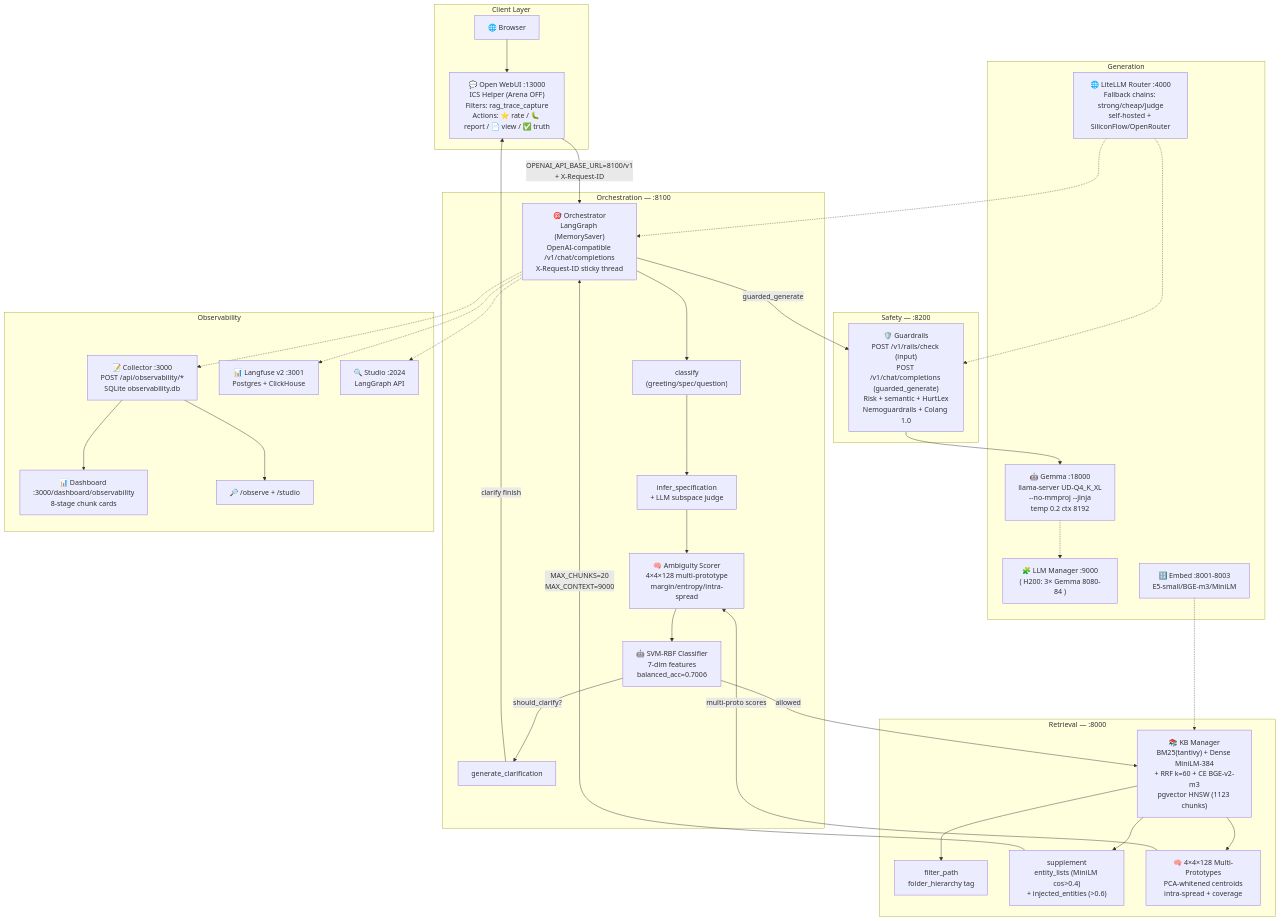
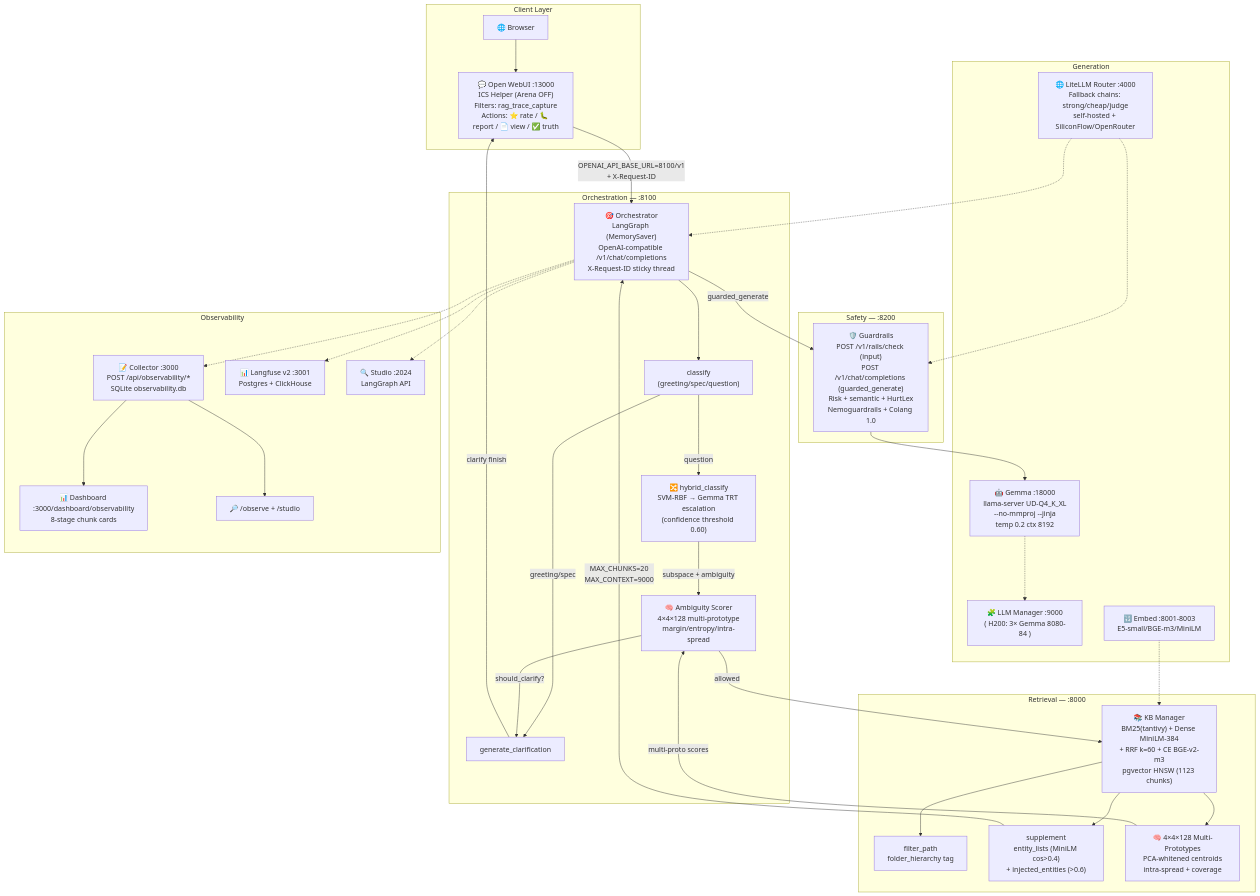
Before and after one commit to AliNikkhah2001/Work_Credit-RAG_Phase1: the first of 8 diagrams in README.md, drawn with Mermaid. The commit also changed other lines of this file, not shown here.

First line of the commit message:
docs: document thresholded hybrid classifier+Gemma orchestrator integration

````diff
--- a/README.md
+++ b/README.md
@@ -211,68 +211,67 @@
 ```mermaid
 flowchart TB
     subgraph Client["Client Layer"]
         Browser["🌐 Browser"]
         WebUI["💬 Open WebUI :13000\nICS Helper (Arena OFF)\nFilters: rag_trace_capture\nActions: ⭐ rate / 🐛 report / 📄 view / ✅ truth"]
     end
 
     subgraph Orchestration["Orchestration — :8100"]
         Orch["🎯 Orchestrator\nLangGraph (MemorySaver)\nOpenAI-compatible /v1/chat/completions\nX-Request-ID sticky thread"]
         Classify["classify\n(greeting/spec/question)"]
-        InferSpec["infer_specification\n+ LLM subspace judge"]
+        HybridClf["🔀 hybrid_classify\nSVM-RBF → Gemma TRT escalation\n(confidence threshold 0.60)"]
         Ambiguity["🧠 Ambiguity Scorer\n4×4×128 multi-prototype\nmargin/entropy/intra-spread"]
         Clarify["generate_clarification"]
-        SVM["🤖 SVM-RBF Classifier\n7-dim features\nbalanced_acc=0.7006"]
     end
 
     subgraph Retrieval["Retrieval — :8000"]
         KB["📚 KB Manager\nBM25(tantivy) + Dense MiniLM-384\n+ RRF k=60 + CE BGE-v2-m3\npgvector HNSW (1123 chunks)"]
         Filter["filter_path\nfolder_hierarchy tag"]
         Suppl["supplement\nentity_lists (MiniLM cos>0.4)\n+ injected_entities (>0.6)"]
         Proto["🧠 4×4×128 Multi-Prototypes\nPCA-whitened centroids\nintra-spread + coverage"]
     end
 
     subgraph Safety["Safety — :8200"]
         GR["🛡️ Guardrails\nPOST /v1/rails/check (input)\nPOST /v1/chat/completions (guarded_generate)\nRisk + semantic + HurtLex\nNemoguardrails + Colang 1.0"]
     end
 
     subgraph Generation["Generation"]
         Gemma["🤖 Gemma :18000\nllama-server UD-Q4_K_XL\n--no-mmproj --jinja\ntemp 0.2 ctx 8192"]
         Manager["🧩 LLM Manager :9000\n( H200: 3× Gemma 8080-84 )"]
         Embed["🔢 Embed :8001-8003\nE5-small/BGE-m3/MiniLM"]
         LiteLLM["🌐 LiteLLM Router :4000\nFallback chains: strong/cheap/judge\nself-hosted + SiliconFlow/OpenRouter"]
     end
 
     subgraph Observability["Observability"]
         Collector["📝 Collector :3000\nPOST /api/observability/*\nSQLite observability.db"]
         Dashboard["📊 Dashboard :3000/dashboard/observability\n8-stage chunk cards"]
         LF2["📊 Langfuse v2 :3001\nPostgres + ClickHouse"]
         Studio["🔍 Studio :2024\nLangGraph API"]
         TraceApp["🔎 /observe + /studio"]
     end
 
     Browser --> WebUI
     WebUI -- "OPENAI_API_BASE_URL=8100/v1\n+ X-Request-ID" --> Orch
     Orch --> Classify
-    Classify --> InferSpec
-    InferSpec --> Ambiguity
-    Ambiguity --> SVM
-    SVM -- "should_clarify?" --> Clarify
+    Classify -- "question" --> HybridClf
+    Classify -- "greeting/spec" --> Clarify
+    HybridClf -- "subspace + ambiguity" --> Ambiguity
+    Ambiguity -- "should_clarify?" --> Clarify
     Clarify -- "clarify finish" --> WebUI
-    SVM -- "allowed" --> KB
+    Ambiguity -- "allowed" --> KB
     KB --> Filter
     KB --> Suppl
     KB --> Proto
     Suppl -- "MAX_CHUNKS=20\nMAX_CONTEXT=9000" --> Orch
     Proto -- "multi-proto scores" --> Ambiguity
     Orch -- "guarded_generate" --> GR
     GR --> Gemma
     Gemma -.-> Manager
     Embed -.-> KB
     Orch -.-> Collector
     Collector --> Dashboard
     Orch -.-> LF2
     Orch -.-> Studio
     Collector --> TraceApp
     LiteLLM -.-> Orch
     LiteLLM -.-> GR
 ```
````
